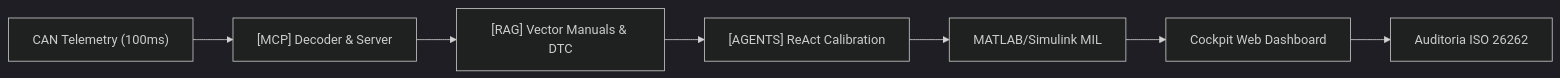
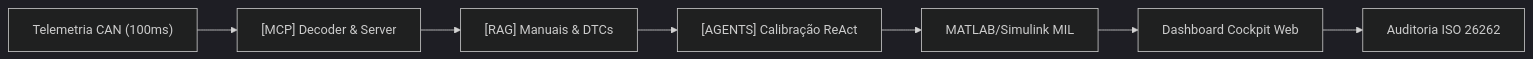
Before and after one commit to marleyrosa/MarleyOS: the diagram in course/slides/deck_master_pt.md, drawn with Mermaid (dark theme). The commit also changed other lines of this file and 19 other files, not shown here.

````diff
--- a/course/slides/deck_master_pt.md
+++ b/course/slides/deck_master_pt.md
@@ -343,9 +616,9 @@
 ```mermaid
 graph LR
-    A["CAN Telemetry (100ms)"] --> B["[MCP] Decoder & Server"]
-    B --> C["[RAG] Vector Manuals & DTC"]
-    C --> D["[AGENTS] ReAct Calibration"]
+    A["Telemetria CAN (100ms)"] --> B["[MCP] Decoder & Server"]
+    B --> C["[RAG] Manuais & DTCs"]
+    C --> D["[AGENTS] Calibração ReAct"]
     D --> E["MATLAB/Simulink MIL"]
-    E --> F["Cockpit Web Dashboard"]
+    E --> F["Dashboard Cockpit Web"]
     F --> G["Auditoria ISO 26262"]
 ```
````
